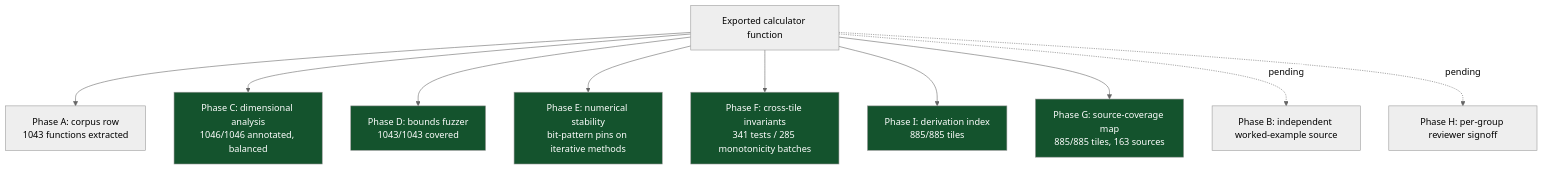
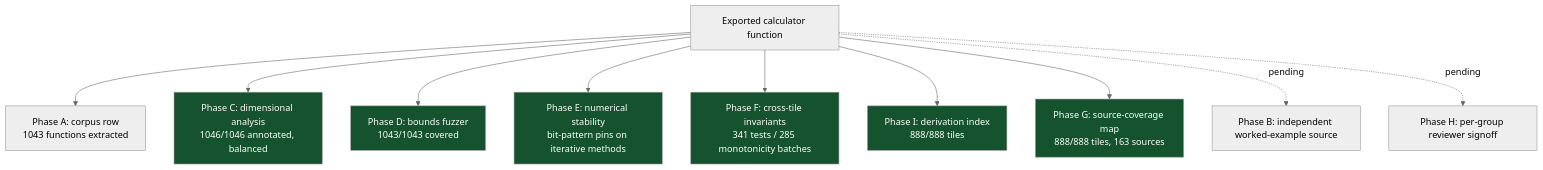
One commit to clay-good/roughlogic.com changed the sixth of 8 diagrams in README.md. Above: the diagram before and after it, drawn with Mermaid (neutral theme). The commit also changed other lines of this file and 20 other files, not shown here.

````diff
--- a/README.md
+++ b/README.md
@@ -519,18 +519,18 @@
 ```mermaid
 flowchart TB
     F[Exported calculator function] --> A[Phase A: corpus row\n1043 functions extracted]
     F --> C[Phase C: dimensional analysis\n1046/1046 annotated, balanced]
     F --> D[Phase D: bounds fuzzer\n1043/1043 covered]
     F --> E[Phase E: numerical stability\nbit-pattern pins on iterative methods]
     F --> Fa[Phase F: cross-tile invariants\n341 tests / 285 monotonicity batches]
-    F --> I[Phase I: derivation index\n885/885 tiles]
-    F --> G[Phase G: source-coverage map\n885/885 tiles, 163 sources]
+    F --> I[Phase I: derivation index\n888/888 tiles]
+    F --> G[Phase G: source-coverage map\n888/888 tiles, 163 sources]
     F -.pending.-> B[Phase B: independent worked-example source]
     F -.pending.-> H[Phase H: per-group reviewer signoff]
     style C fill:#14532d,color:#fff
     style D fill:#14532d,color:#fff
     style E fill:#14532d,color:#fff
     style Fa fill:#14532d,color:#fff
     style G fill:#14532d,color:#fff
     style I fill:#14532d,color:#fff
 ```
````
